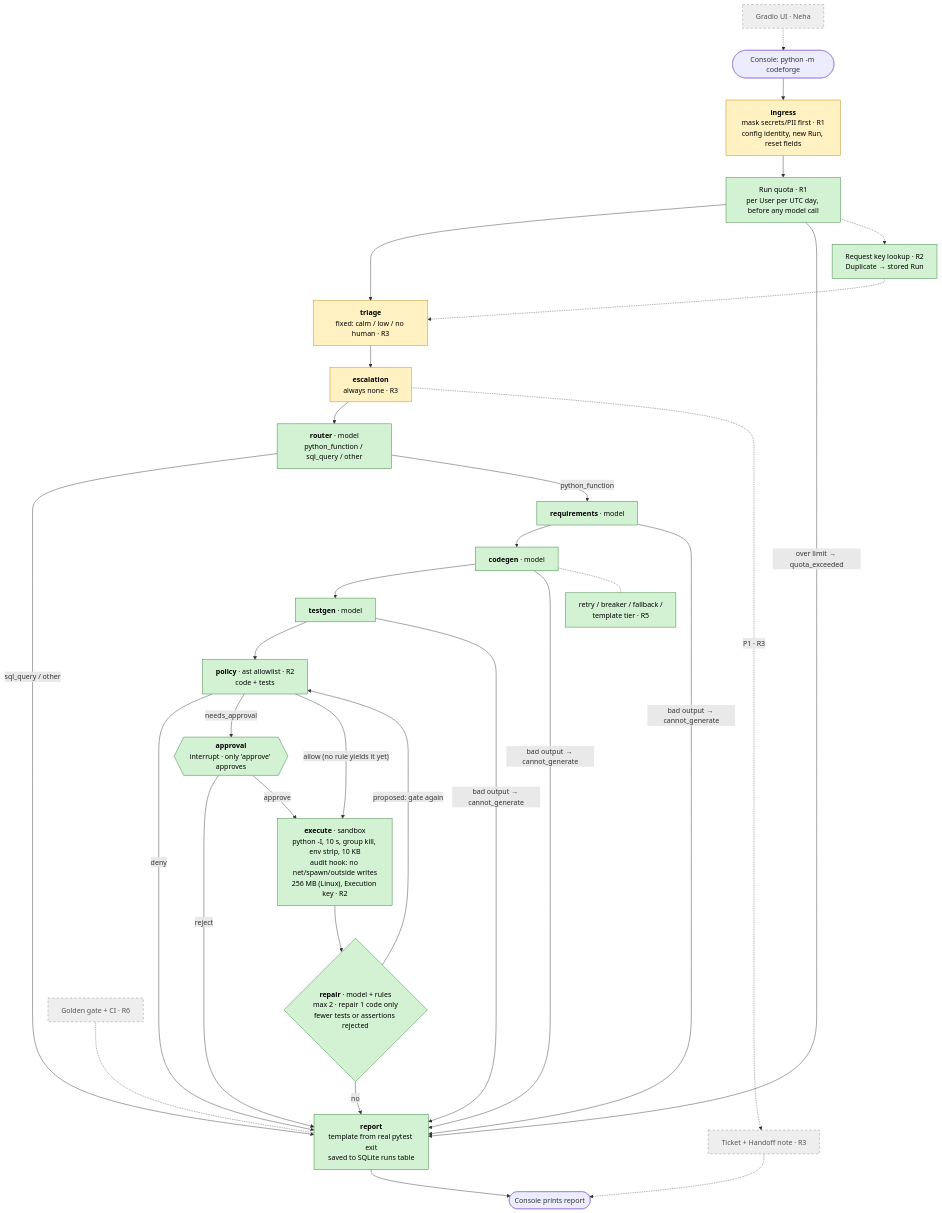
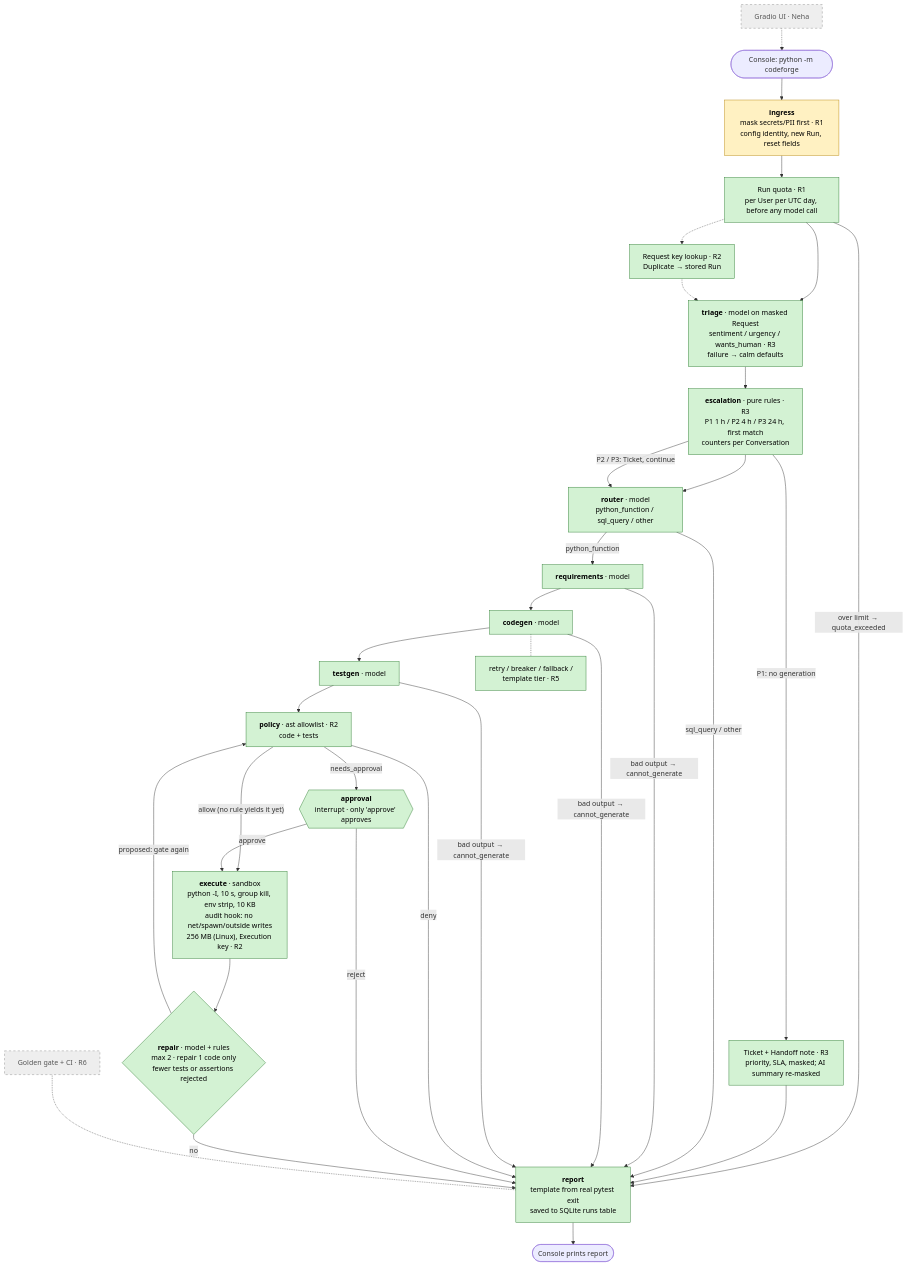
One commit to dipanshuCodes/codeforge changed the diagram in plans/TRACKER.md. Above: the diagram before and after it, drawn with Mermaid. The commit also changed other lines of this file and 2 other files, not shown here.

First line of the commit message:
docs(R3): README flowchart and tracker evidence

````diff
--- a/plans/TRACKER.md
+++ b/plans/TRACKER.md
@@ -22,47 +22,48 @@
 ```mermaid
 flowchart TD
     START([Console: python -m codeforge]) --> ingress
 
     ingress["<b>ingress</b><br/>mask secrets/PII first · R1<br/>config identity, new Run, reset fields"]:::built
     quota["Run quota · R1<br/>per User per UTC day, before any model call"]:::built
     reqkey["Request key lookup · R2<br/>Duplicate → stored Run"]:::built
-    triage["<b>triage</b><br/>fixed: calm / low / no human · R3"]:::stub
-    escalation["<b>escalation</b><br/>always none · R3"]:::stub
-    ticket["Ticket + Handoff note · R3"]:::todo
+    triage["<b>triage</b> · model on masked Request<br/>sentiment / urgency / wants_human · R3<br/>failure → calm defaults"]:::built
+    escalation["<b>escalation</b> · pure rules · R3<br/>P1 1 h / P2 4 h / P3 24 h, first match<br/>counters per Conversation"]:::built
+    ticket["Ticket + Handoff note · R3<br/>priority, SLA, masked; AI summary re-masked"]:::built
     router["<b>router</b> · model<br/>python_function / sql_query / other"]:::built
     requirements["<b>requirements</b> · model"]:::built
     codegen["<b>codegen</b> · model"]:::built
     testgen["<b>testgen</b> · model"]:::built
     resilience["retry / breaker / fallback /<br/>template tier · R5"]:::built
     policy["<b>policy</b> · ast allowlist · R2<br/>code + tests"]:::built
     approval{{"<b>approval</b><br/>interrupt · only 'approve' approves"}}:::built
     execute["<b>execute</b> · sandbox<br/>python -I, 10 s, group kill, env strip, 10 KB<br/>audit hook: no net/spawn/outside writes<br/>256 MB (Linux), Execution key · R2"]:::built
     repair{"<b>repair</b> · model + rules<br/>max 2 · repair 1 code only<br/>fewer tests or assertions rejected"}:::built
     report["<b>report</b><br/>template from real pytest exit<br/>saved to SQLite runs table"]:::built
     DONE([Console prints report])
     ui["Gradio UI · Neha"]:::todo
     gate["Golden gate + CI · R6"]:::todo
 
     ingress --> quota --> triage --> escalation --> router
     quota -- "over limit → quota_exceeded" --> report
     quota -.-> reqkey -.-> triage
-    escalation -. "P1 · R3" .-> ticket -.-> DONE
+    escalation -- "P1: no generation" --> ticket --> report
+    escalation -- "P2 / P3: Ticket, continue" --> router
     router -- "sql_query / other" --> report
     router -- python_function --> requirements --> codegen --> testgen --> policy
     requirements & codegen & testgen -- "bad output → cannot_generate" --> report
     codegen -.- resilience
     policy -- deny --> report
     policy -- needs_approval --> approval
     policy -- "allow (no rule yields it yet)" --> execute
     approval -- reject --> report
     approval -- approve --> execute --> repair
     repair -- "proposed: gate again" --> policy
     repair -- no --> report --> DONE
     ui -.-> START
     gate -.- report
 
     class ingress stub
     classDef built fill:#d3f2d3,stroke:#2e7d32,color:#000
     classDef stub fill:#fff1c2,stroke:#b8860b,color:#000
     classDef todo fill:#eeeeee,stroke:#888,stroke-dasharray:5 5,color:#555
 ```
````
